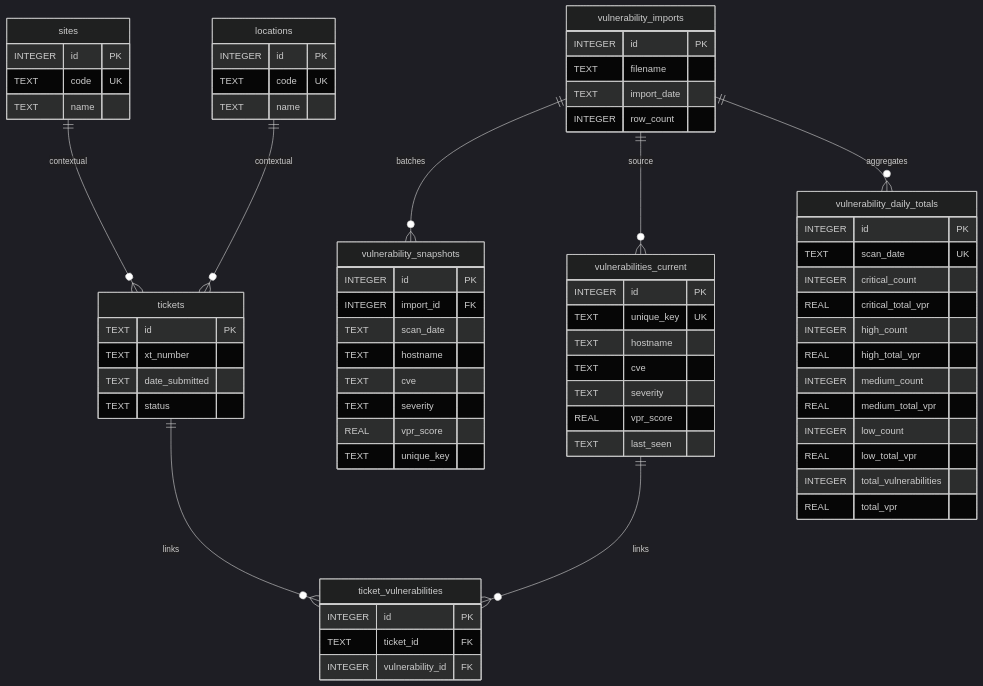
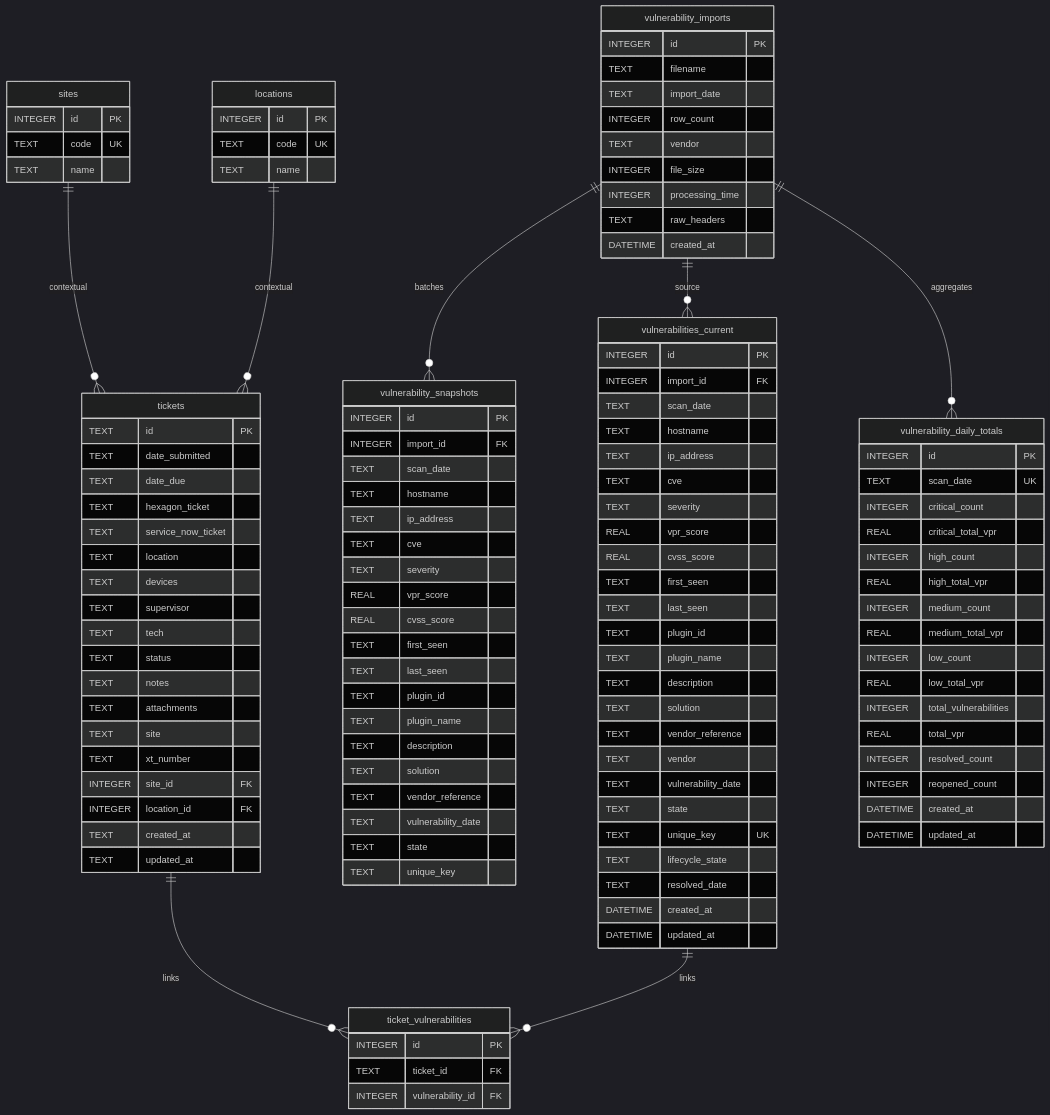
The first of 3 diagrams in app/public/docs-source/architecture/database.md (lbruton/HexTrackr), drawn with Mermaid (dark theme) before and after one commit. The commit also changed other lines of this file and 8 other files, not shown here.

```diff
--- a/app/public/docs-source/architecture/database.md
+++ b/app/public/docs-source/architecture/database.md
@@ -29,6 +29,11 @@
         TEXT filename
         TEXT import_date
         INTEGER row_count
+        TEXT vendor
+        INTEGER file_size
+        INTEGER processing_time
+        TEXT raw_headers
+        DATETIME created_at
     }
 
     vulnerability_snapshots {
@@ -36,20 +41,48 @@
         INTEGER import_id FK
         TEXT scan_date
         TEXT hostname
+        TEXT ip_address
         TEXT cve
         TEXT severity
         REAL vpr_score
+        REAL cvss_score
+        TEXT first_seen
+        TEXT last_seen
+        TEXT plugin_id
+        TEXT plugin_name
+        TEXT description
+        TEXT solution
+        TEXT vendor_reference
+        TEXT vulnerability_date
+        TEXT state
         TEXT unique_key
     }
 
     vulnerabilities_current {
         INTEGER id PK
-        TEXT unique_key UK
+        INTEGER import_id FK
+        TEXT scan_date
         TEXT hostname
+        TEXT ip_address
         TEXT cve
         TEXT severity
         REAL vpr_score
+        REAL cvss_score
+        TEXT first_seen
         TEXT last_seen
+        TEXT plugin_id
+        TEXT plugin_name
+        TEXT description
+        TEXT solution
+        TEXT vendor_reference
+        TEXT vendor
+        TEXT vulnerability_date
+        TEXT state
+        TEXT unique_key UK
+        TEXT lifecycle_state
+        TEXT resolved_date
+        DATETIME created_at
+        DATETIME updated_at
     }
 
     vulnerability_daily_totals {
@@ -65,6 +98,10 @@
         REAL low_total_vpr
         INTEGER total_vulnerabilities
         REAL total_vpr
+        INTEGER resolved_count
+        INTEGER reopened_count
+        DATETIME created_at
+        DATETIME updated_at
     }
 
     sites {
@@ -81,9 +118,23 @@
 
     tickets {
         TEXT id PK
+        TEXT date_submitted
+        TEXT date_due
+        TEXT hexagon_ticket
+        TEXT service_now_ticket
+        TEXT location
+        TEXT devices
+        TEXT supervisor
+        TEXT tech
+        TEXT status
+        TEXT notes
+        TEXT attachments
+        TEXT site
         TEXT xt_number
-        TEXT date_submitted
-        TEXT status
+        INTEGER site_id FK
+        INTEGER location_id FK
+        TEXT created_at
+        TEXT updated_at
     }
 
     ticket_vulnerabilities {
```
